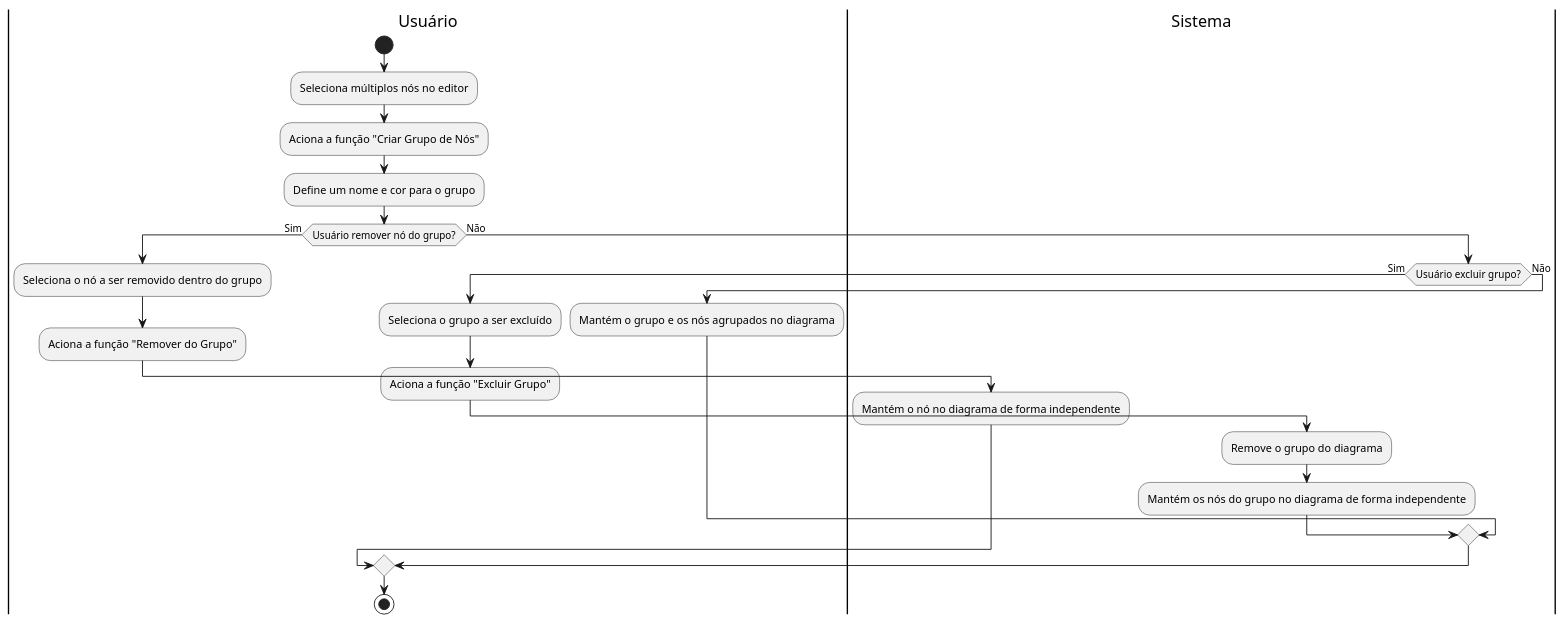
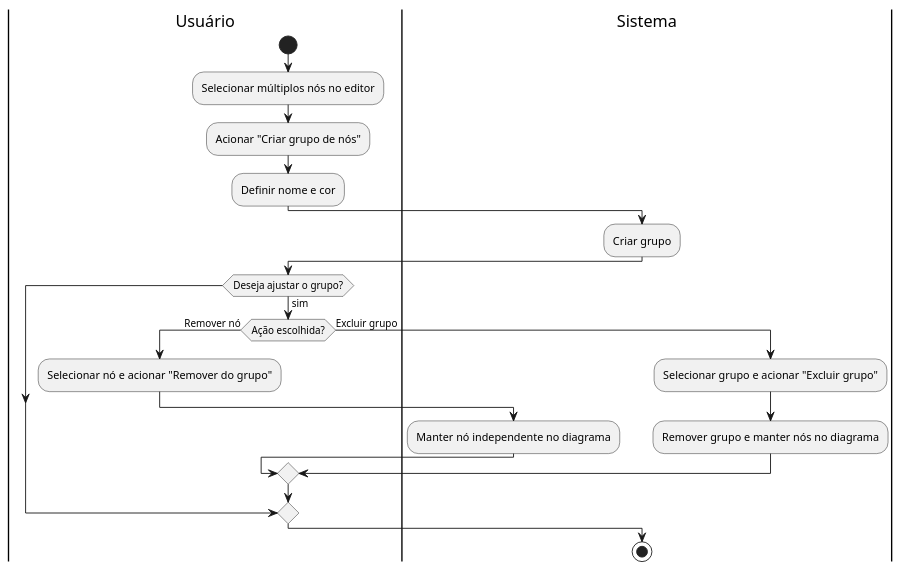
One commit to aspiringluke/Projeto-Integrado-Mobile changed the diagram in docs/casosUso/uml/diagramas_atividade/diagrama_atividade_UC16.puml. Above: the diagram before and after it, drawn with PlantUML. The commit also changed 17 other files, not shown here.

```diff
--- a/docs/casosUso/uml/diagramas_atividade/diagrama_atividade_UC16.puml
+++ b/docs/casosUso/uml/diagramas_atividade/diagrama_atividade_UC16.puml
@@ -1,31 +1,26 @@
 @startuml diagrama_UC16
 
 |Usuário|
 start
-:Seleciona múltiplos nós no editor;
-:Aciona a função "Criar Grupo de Nós";
-:Define um nome e cor para o grupo;
+:Selecionar múltiplos nós no editor;
+:Acionar "Criar grupo de nós";
+:Definir nome e cor;
 
-if (Usuário remover nó do grupo?) then (Sim)
-  |Usuário|
-  :Seleciona o nó a ser removido dentro do grupo;
-  :Aciona a função "Remover do Grupo";
+|Sistema|
+:Criar grupo;
 
+|Usuário|
+if (Deseja ajustar o grupo?) then (sim)
+  if (Ação escolhida?) then (Remover nó)
+  :Selecionar nó e acionar "Remover do grupo";
   |Sistema|
-  :Mantém o nó no diagrama de forma independente;
-else (Não)
-  if (Usuário excluir grupo?) then (Sim)
-    |Usuário|
-    :Seleciona o grupo a ser excluído;
-    :Aciona a função "Excluir Grupo";
-    
+  :Manter nó independente no diagrama;
+  else (Excluir grupo)
+  :Selecionar grupo e acionar "Excluir grupo";
     |Sistema|
-    :Remove o grupo do diagrama;
-    :Mantém os nós do grupo no diagrama de forma independente;
-  else (Não)
-    |Usuário|
-    :Mantém o grupo e os nós agrupados no diagrama;
-    endif
+    :Remover grupo e manter nós no diagrama;
+  endif
 endif
-    stop
+
+stop
 @enduml
```
